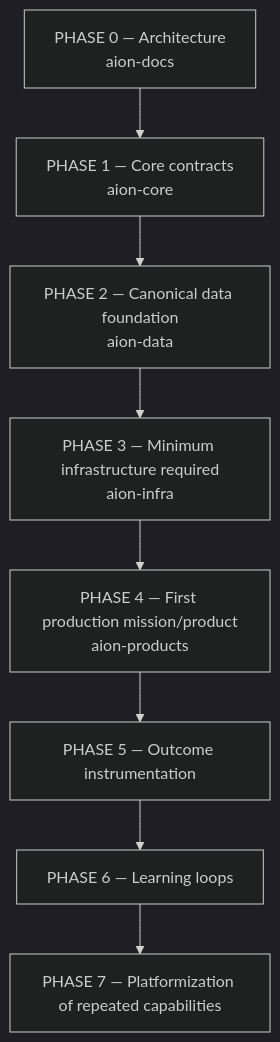
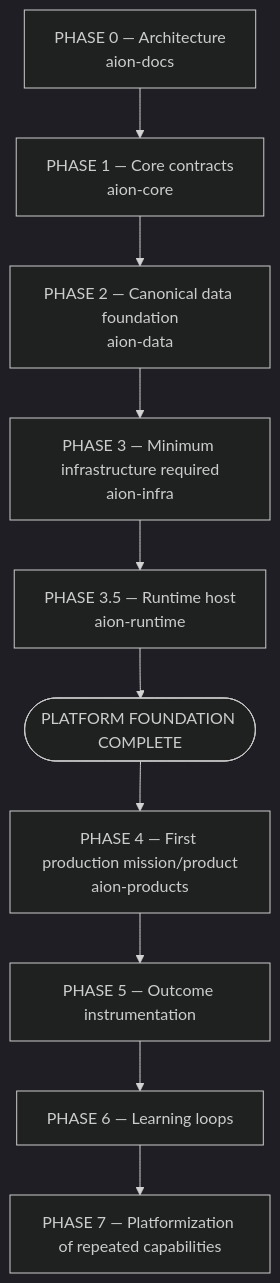
The diagram in roadmap/build-order.md (Ceoloo/aion-docs), drawn with Mermaid (dark theme) before and after one commit. The commit also changed other lines of this file and 5 other files, not shown here.

First line of the commit message:
ADR-002: ratify runtime-host ownership — aion-runtime as the sixth canonical repository

````diff
--- a/roadmap/build-order.md
+++ b/roadmap/build-order.md
@@ -8,10 +8,12 @@
 ```mermaid
 flowchart TD
     P0["PHASE 0 — Architecture<br/>aion-docs"] --> P1["PHASE 1 — Core contracts<br/>aion-core"]
     P1 --> P2["PHASE 2 — Canonical data foundation<br/>aion-data"]
     P2 --> P3["PHASE 3 — Minimum infrastructure required<br/>aion-infra"]
-    P3 --> P4["PHASE 4 — First production mission/product<br/>aion-products"]
+    P3 --> P35["PHASE 3.5 — Runtime host<br/>aion-runtime"]
+    P35 --> FOUND(["PLATFORM FOUNDATION COMPLETE"])
+    FOUND --> P4["PHASE 4 — First production mission/product<br/>aion-products"]
     P4 --> P5["PHASE 5 — Outcome instrumentation"]
     P5 --> P6["PHASE 6 — Learning loops"]
     P6 --> P7["PHASE 7 — Platformization of repeated capabilities"]
 ```
````
